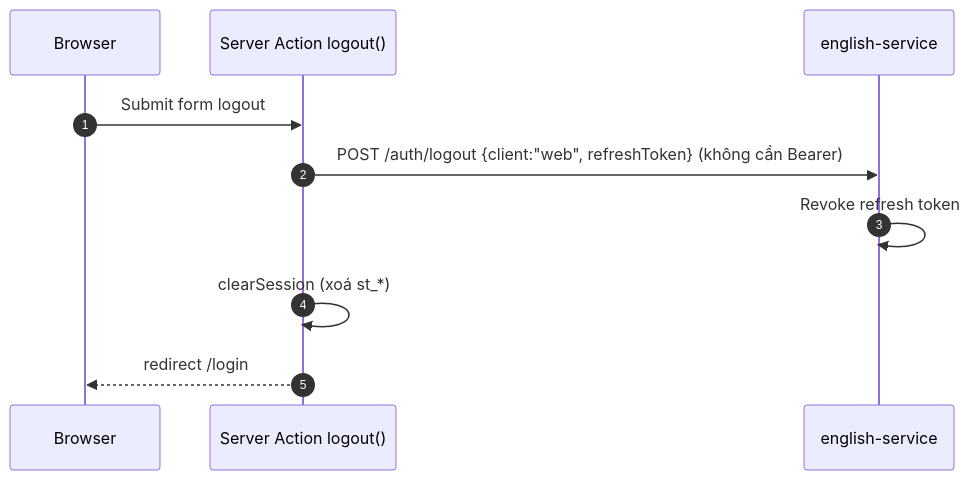
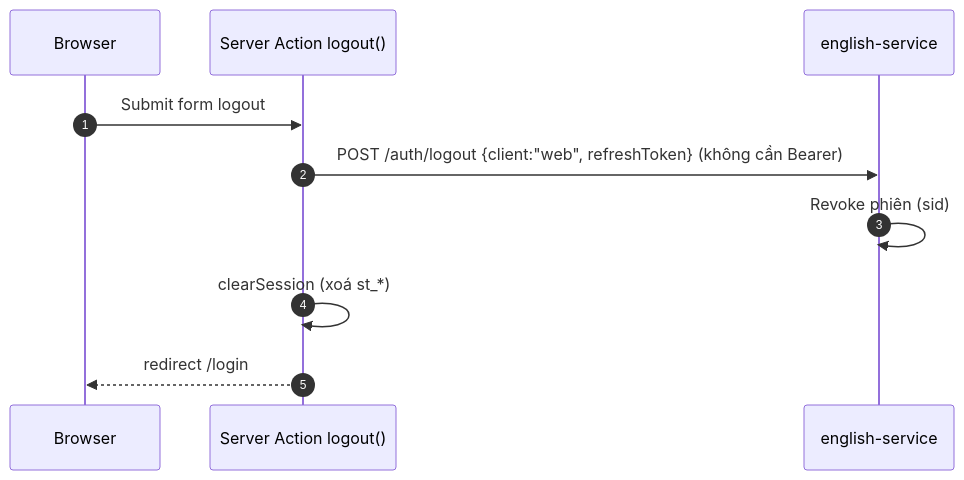
The seventh of 8 diagrams in docs/auth-flow.md (TriThuc2321/english-service), drawn with Mermaid before and after one commit. The commit also changed other lines of this file and 7 other files, not shown here.

````diff
--- a/docs/auth-flow.md
+++ b/docs/auth-flow.md
@@ -179,13 +179,13 @@
 ```mermaid
 sequenceDiagram
   autonumber
   participant S as Browser
   participant N as Server Action logout()
   participant BE as english-service
 
   S->>N: Submit form logout
   N->>BE: POST /auth/logout {client:"web", refreshToken} (không cần Bearer)
-  BE->>BE: Revoke refresh token
+  BE->>BE: Revoke phiên (sid)
   N->>N: clearSession (xoá st_*)
   N-->>S: redirect /login
 ```
````
